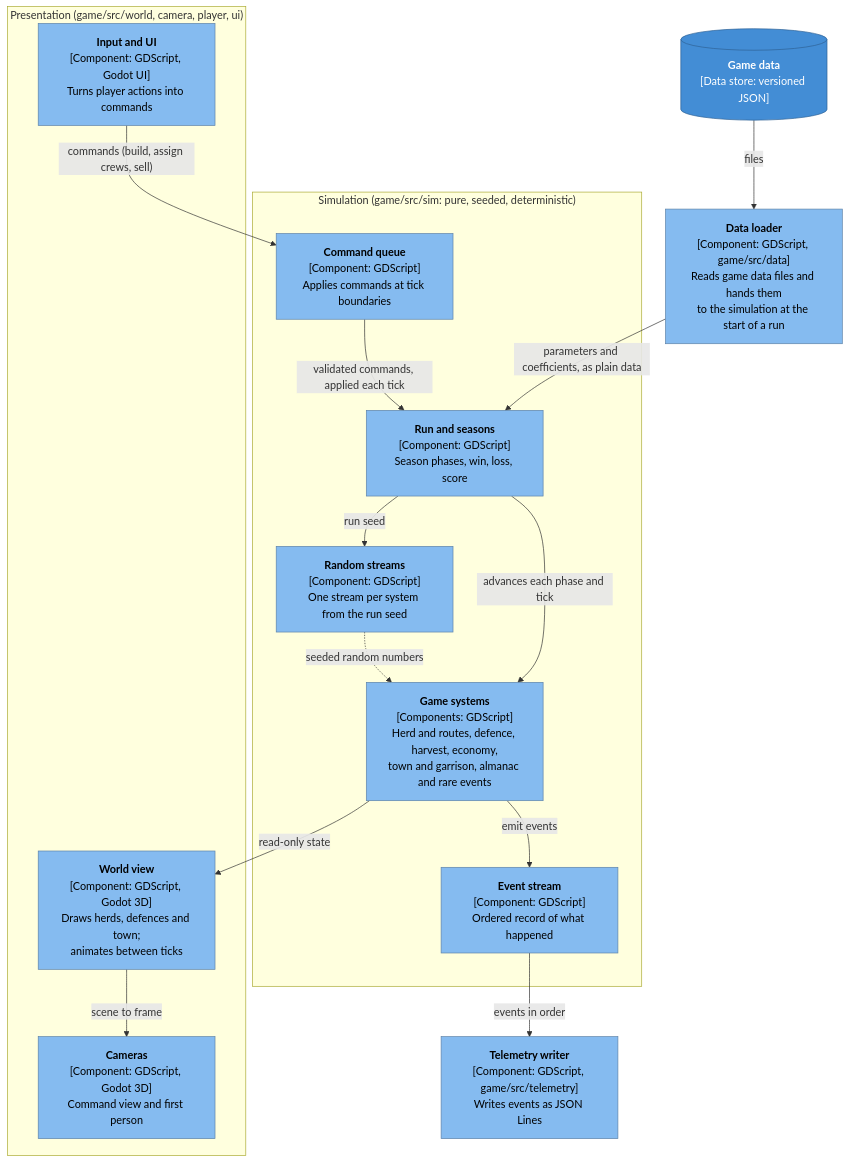
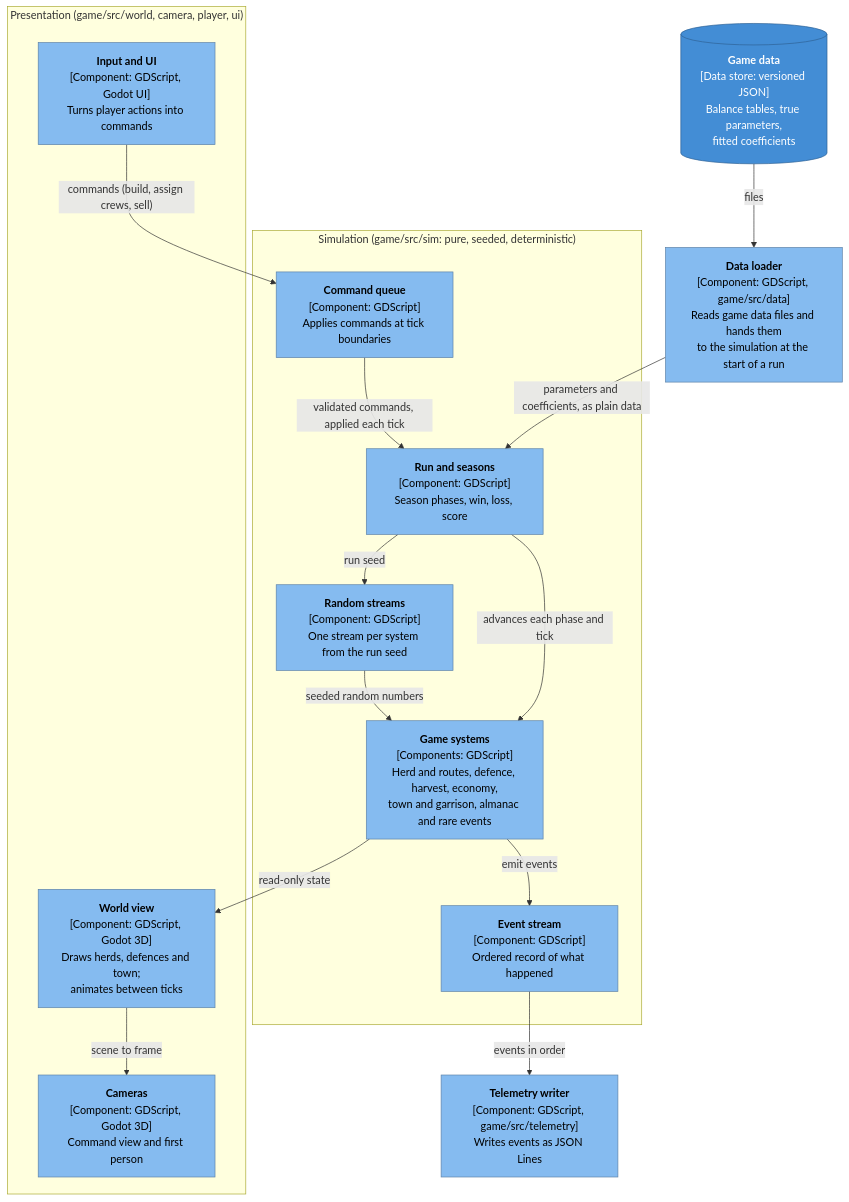
Before and after one commit to Huntling94/tallow: the third of 7 diagrams in docs/architecture/overview.md, drawn with Mermaid. The commit also changed other lines of this file and 2 other files, not shown here.

````diff
--- a/docs/architecture/overview.md
+++ b/docs/architecture/overview.md
@@ -99,39 +99,39 @@
 ```mermaid
 flowchart TB
-    data[("<b>Game data</b><br/>[Data store: versioned JSON]")]
+    data[("<b>Game data</b><br/>[Data store: versioned JSON]<br/>Balance tables, true parameters,<br/>fitted coefficients")]
 
     subgraph pres["Presentation (game/src/world, camera, player, ui)"]
         input["<b>Input and UI</b><br/>[Component: GDScript, Godot UI]<br/>Turns player actions into commands"]
         world["<b>World view</b><br/>[Component: GDScript, Godot 3D]<br/>Draws herds, defences and town;<br/>animates between ticks"]
         camera["<b>Cameras</b><br/>[Component: GDScript, Godot 3D]<br/>Command view and first person"]
     end
 
     loader["<b>Data loader</b><br/>[Component: GDScript, game/src/data]<br/>Reads game data files and hands them<br/>to the simulation at the start of a run"]
 
     subgraph sim["Simulation (game/src/sim: pure, seeded, deterministic)"]
         commands["<b>Command queue</b><br/>[Component: GDScript]<br/>Applies commands at tick boundaries"]
         run["<b>Run and seasons</b><br/>[Component: GDScript]<br/>Season phases, win, loss, score"]
         rng["<b>Random streams</b><br/>[Component: GDScript]<br/>One stream per system from the run seed"]
         systems["<b>Game systems</b><br/>[Components: GDScript]<br/>Herd and routes, defence, harvest, economy,<br/>town and garrison, almanac and rare events"]
         events["<b>Event stream</b><br/>[Component: GDScript]<br/>Ordered record of what happened"]
     end
 
     writer["<b>Telemetry writer</b><br/>[Component: GDScript, game/src/telemetry]<br/>Writes events as JSON Lines"]
 
     data -- "files" --> loader
     loader -- "parameters and coefficients, as plain data" --> run
     input -- "commands (build, assign crews, sell)" --> commands
     commands -- "validated commands, applied each tick" --> run
     run -- "advances each phase and tick" --> systems
     run -- "run seed" --> rng
-    rng -. "seeded random numbers" .-> systems
+    rng -- "seeded random numbers" --> systems
     systems -- "emit events" --> events
     systems -- "read-only state" --> world
     world -- "scene to frame" --> camera
     events -- "events in order" --> writer
 
     classDef component fill:#85bbf0,color:#000,stroke:#5d82a8
     classDef store fill:#438dd5,color:#fff,stroke:#2e6295
     class input,world,camera,loader,commands,run,rng,systems,events,writer component
     class data store
 ```
````
